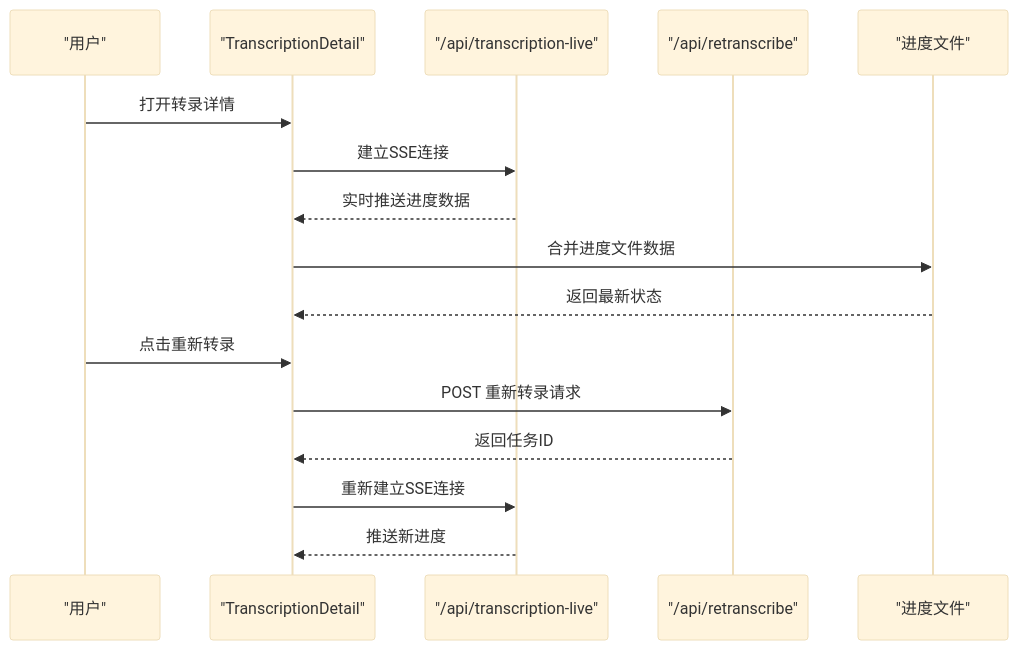
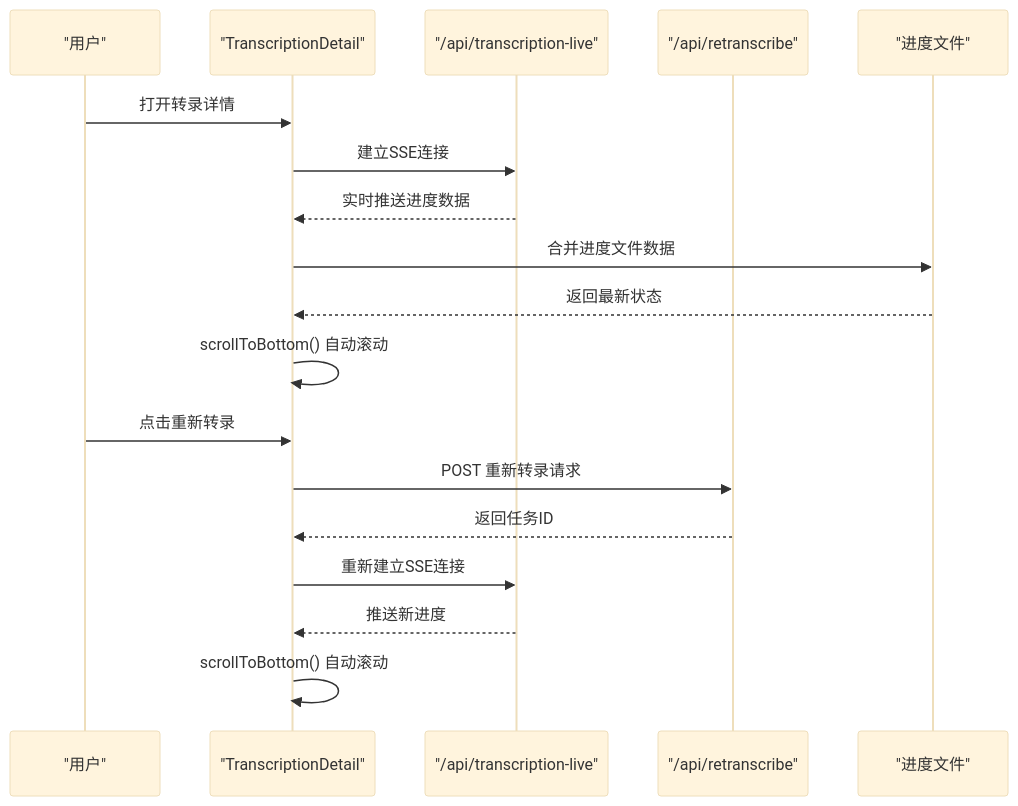
The fourth of 11 diagrams in .qoder/repowiki/zh/content/UI 组件系统/业务组件.md (clawbotai/memo-flow), drawn with Mermaid (base theme) before and after one commit. The commit also changed other lines of this file and 14 other files, not shown here.

First line of the commit message:
feat(api): 优化转录进度合并策略和详情视图功能

````diff
--- a/.qoder/repowiki/zh/content/UI 组件系统/业务组件.md
+++ b/.qoder/repowiki/zh/content/UI 组件系统/业务组件.md
@@ -263,18 +288,20 @@
 ```mermaid
 sequenceDiagram
 participant U as "用户"
 participant TD as "TranscriptionDetail"
 participant API1 as "/api/transcription-live"
 participant API2 as "/api/retranscribe"
 participant FS as "进度文件"
 U->>TD : 打开转录详情
 TD->>API1 : 建立SSE连接
 API1-->>TD : 实时推送进度数据
 TD->>FS : 合并进度文件数据
 FS-->>TD : 返回最新状态
+TD->>TD : scrollToBottom() 自动滚动
 U->>TD : 点击重新转录
 TD->>API2 : POST 重新转录请求
 API2-->>TD : 返回任务ID
 TD->>API1 : 重新建立SSE连接
 API1-->>TD : 推送新进度
+TD->>TD : scrollToBottom() 自动滚动
 ```
````
